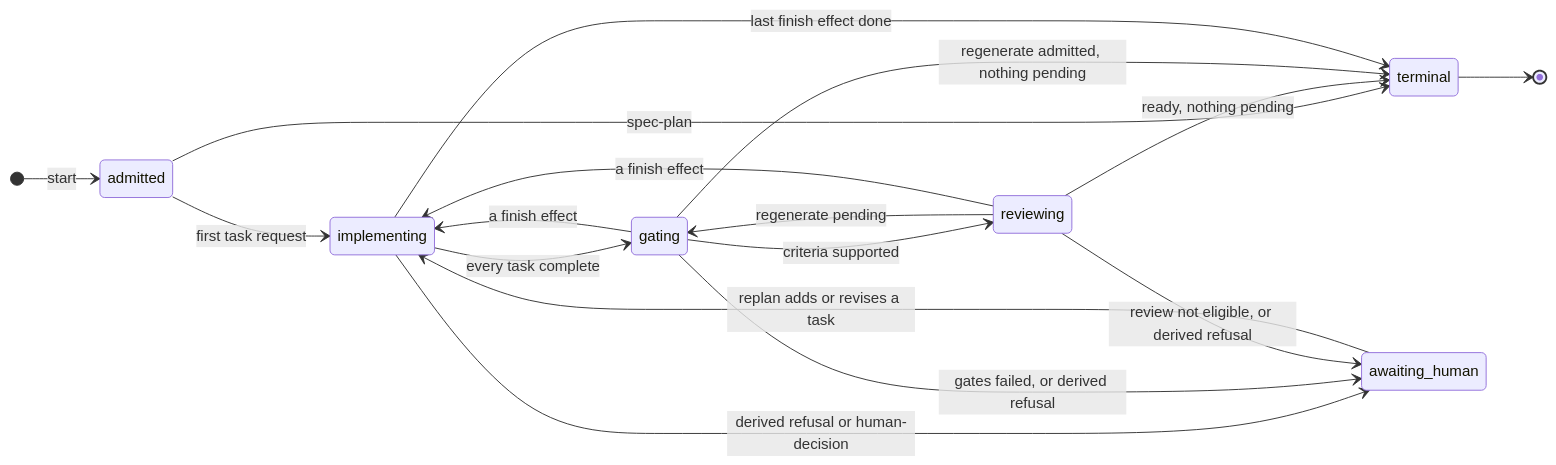
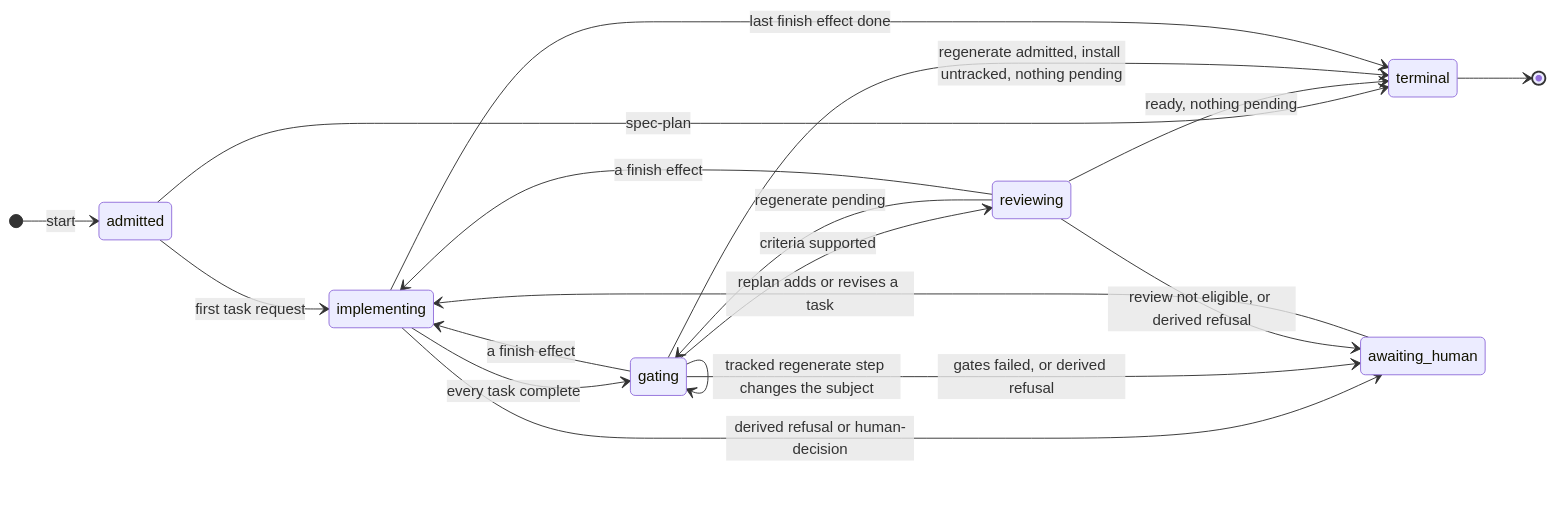
Before and after one commit to eugenelim/agent-ready-repo: the third of 3 diagrams in docs/architecture/work-loop-execution-supervisor.md, drawn with Mermaid. The commit also changed other lines of this file and 48 other files, not shown here.

````diff
--- a/docs/architecture/work-loop-execution-supervisor.md
+++ b/docs/architecture/work-loop-execution-supervisor.md
@@ -220,20 +228,21 @@
 ```mermaid
 stateDiagram-v2
   direction LR
   [*] --> admitted : start
   admitted --> terminal : spec-plan
   admitted --> implementing : first task request
   implementing --> gating : every task complete
   gating --> reviewing : criteria supported
   reviewing --> gating : regenerate pending
   reviewing --> implementing : a finish effect
   gating --> implementing : a finish effect
   reviewing --> terminal : ready, nothing pending
-  gating --> terminal : regenerate admitted, nothing pending
+  gating --> terminal : regenerate admitted, install untracked, nothing pending
+  gating --> gating : tracked regenerate step changes the subject
   implementing --> terminal : last finish effect done
   implementing --> awaiting_human : derived refusal or human-decision
   gating --> awaiting_human : gates failed, or derived refusal
   reviewing --> awaiting_human : review not eligible, or derived refusal
   awaiting_human --> implementing : replan adds or revises a task
   terminal --> [*]
 ```
````
